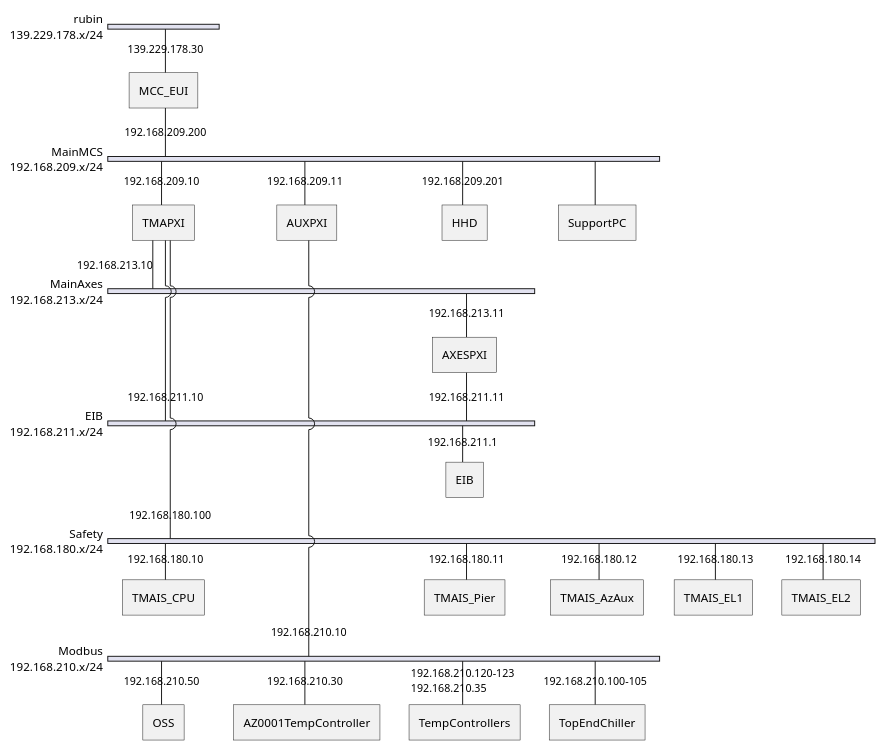
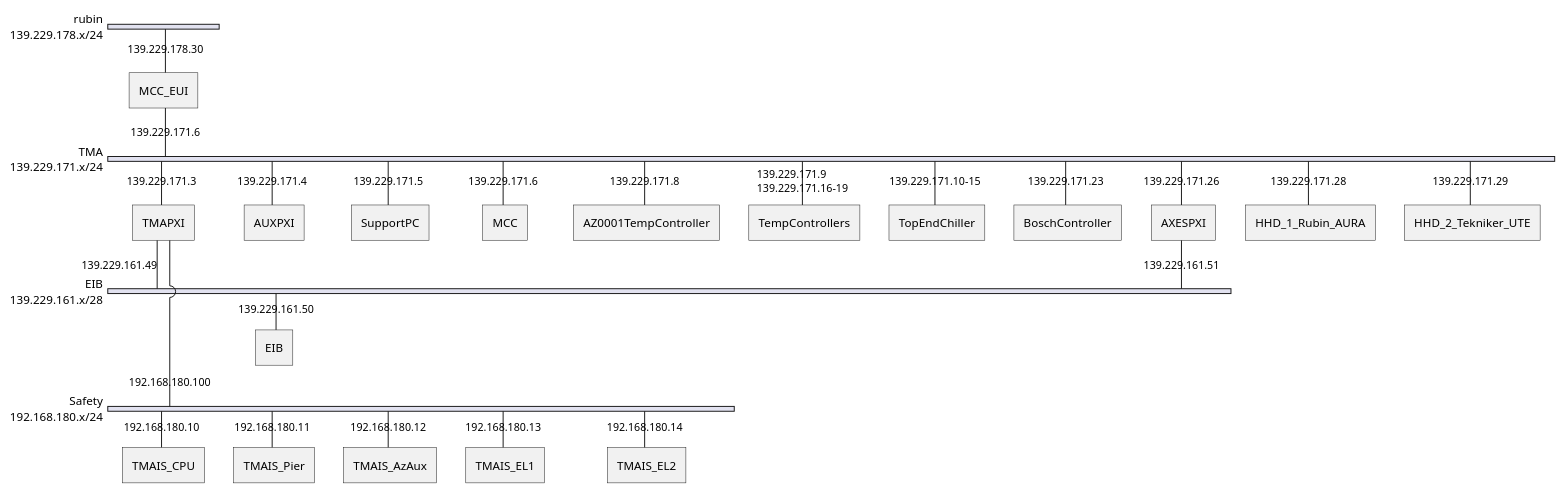
Before and after one commit to lsst-ts/ts_tma_tma-documentation_ethernet-conexions: the diagram in network-uml.iuml, drawn with PlantUML. The commit also changed 1 other file, not shown here.

Commit message:
feat: modify the vlans to the new architecture from rubin IT
https://gitlab.tekniker.es/publico/3151-lsst/pending-task-management/-/issues/49

```diff
--- a/network-uml.iuml
+++ b/network-uml.iuml
@@ -1,45 +1,39 @@
 @startuml Network Architecture
 
 nwdiag {
     network rubin {
         address = "139.229.178.x/24"
         MCC_EUI [address = "139.229.178.30"]
     }
-    network MainMCS{
-        address = "192.168.209.x/24";
-        MCC_EUI [address = "192.168.209.200"]
-        TMAPXI [address = "192.168.209.10"]
-        AUXPXI [address = "192.168.209.11"]
-        HHD [address = "192.168.209.201"]
-        SupportPC
-    }
-    network MainAxes{
-        address = "192.168.213.x/24";
-        AXESPXI [address ="192.168.213.11"]
-        TMAPXI [address = "192.168.213.10"]
+    network TMA{
+        address = "139.229.171.x/24";
+        MCC_EUI [address = "139.229.171.6"]
+        TMAPXI [address = "139.229.171.3"]
+        AUXPXI [address = "139.229.171.4"]
+        SupportPC [address = "139.229.171.5"]
+        MCC [address = "139.229.171.6"]
+        AZ0001TempController [address = "139.229.171.8"]
+        TempControllers [address = "139.229.171.9, 139.229.171.16-19"]
+        TopEndChiller [address = "139.229.171.10-15"]
+        BoschController [address = "139.229.171.23"]
+        AXESPXI [address = "139.229.171.26"]
+        HHD_1_Rubin_AURA [address = "139.229.171.28"]
+        HHD_2_Tekniker_UTE [address = "139.229.171.29"]
     }
     network EIB{
-        address ="192.168.211.x/24"
-        TMAPXI [address = "192.168.211.10"]
-        AXESPXI [address = "192.168.211.11"]
-        EIB [address = "192.168.211.1"]
+        address ="139.229.161.x/28"
+        TMAPXI [address = "139.229.161.49"]
+        AXESPXI [address = "139.229.161.51"]
+        EIB [address = "139.229.161.50"]
     }
     network Safety{
         address ="192.168.180.x/24"
         TMAPXI [address = "192.168.180.100"]
         TMAIS_CPU [address = "192.168.180.10"]
         TMAIS_Pier [address = "192.168.180.11"]
         TMAIS_AzAux [address = "192.168.180.12"]
         TMAIS_EL1 [address = "192.168.180.13"] 
         TMAIS_EL2 [address = "192.168.180.14"]
     }
-    network Modbus{
-        address ="192.168.210.x/24"
-        AUXPXI [address = "192.168.210.10"]
-        OSS [address = "192.168.210.50"]
-        AZ0001TempController [address = "192.168.210.30"]
-        TempControllers [address = "192.168.210.120-123, 192.168.210.35"]
-        TopEndChiller [address = "192.168.210.100-105"]
-    }
 }
 @enduml
```
